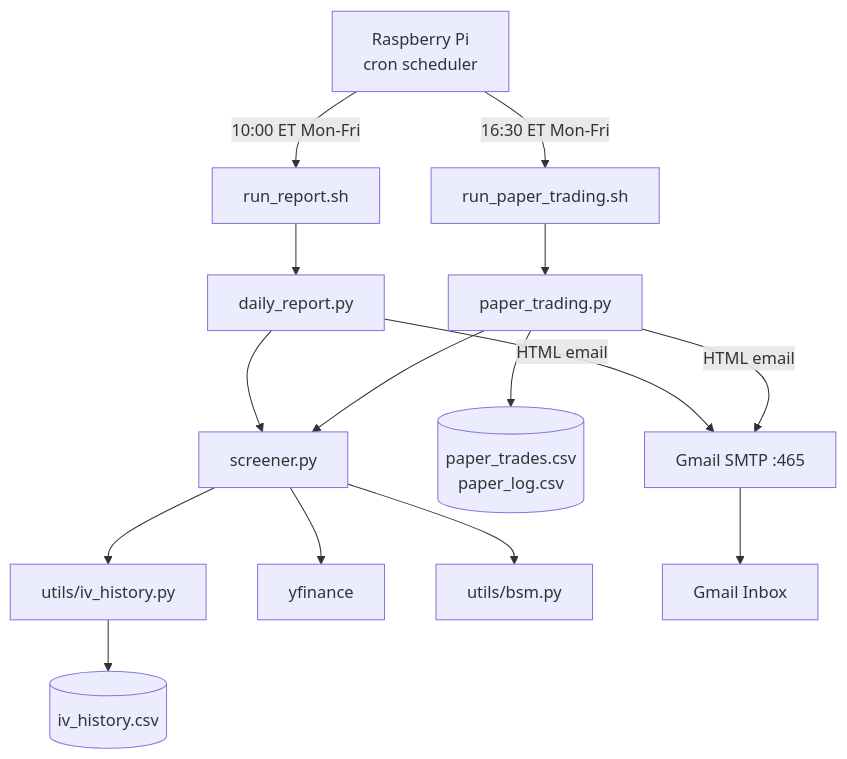
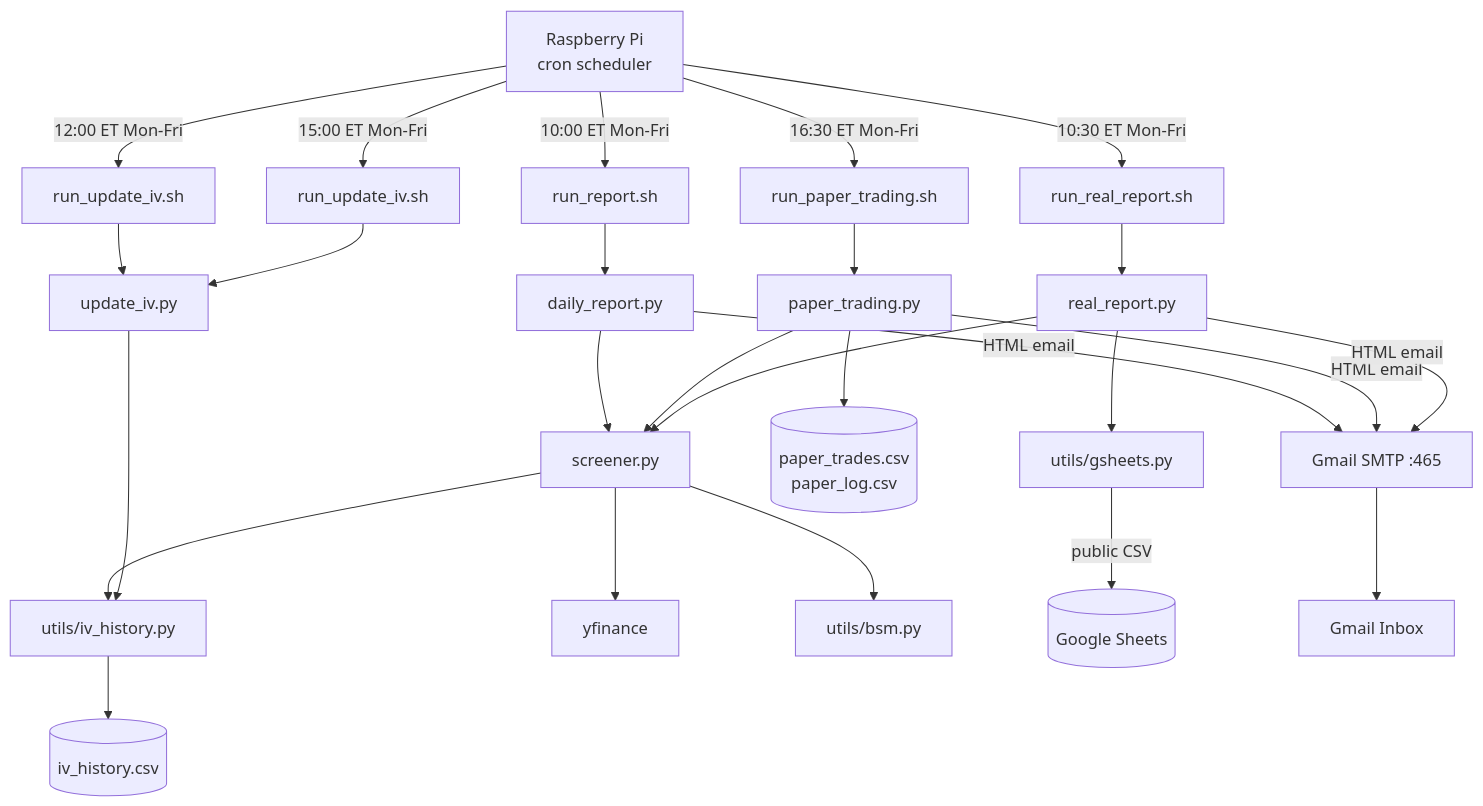
One commit to cpatchava/options-trader changed the first of 3 diagrams in docs/05_technical_design.md. Above: the diagram before and after it, drawn with Mermaid. The commit also changed other lines of this file and 4 other files, not shown here.

````diff
--- a/docs/05_technical_design.md
+++ b/docs/05_technical_design.md
@@ -5,24 +5,35 @@
 ```mermaid
 graph TD
     Pi[Raspberry Pi<br/>cron scheduler]
 
     Pi -->|10:00 ET Mon-Fri| MR[run_report.sh]
+    Pi -->|10:30 ET Mon-Fri| RR[run_real_report.sh]
+    Pi -->|12:00 ET Mon-Fri| IVU1[run_update_iv.sh]
+    Pi -->|15:00 ET Mon-Fri| IVU2[run_update_iv.sh]
     Pi -->|16:30 ET Mon-Fri| PT[run_paper_trading.sh]
 
     MR --> DR[daily_report.py]
+    RR --> REAL[real_report.py]
+    IVU1 --> UIV[update_iv.py]
+    IVU2 --> UIV
     PT --> PTE[paper_trading.py]
 
     DR --> SC[screener.py]
     PTE --> SC
+    REAL --> SC
 
     SC --> IVH[utils/iv_history.py]
+    UIV --> IVH
     SC --> YF[yfinance]
     SC --> BSM[utils/bsm.py]
+    REAL --> GS[utils/gsheets.py]
+    GS -->|public CSV| Sheets[(Google Sheets)]
 
     IVH --> IVCSV[(iv_history.csv)]
     PTE --> CSV[(paper_trades.csv<br/>paper_log.csv)]
 
     DR -->|HTML email| Gmail[Gmail SMTP :465]
     PTE -->|HTML email| Gmail
+    REAL -->|HTML email| Gmail
     Gmail --> Inbox[Gmail Inbox]
 ```
````
